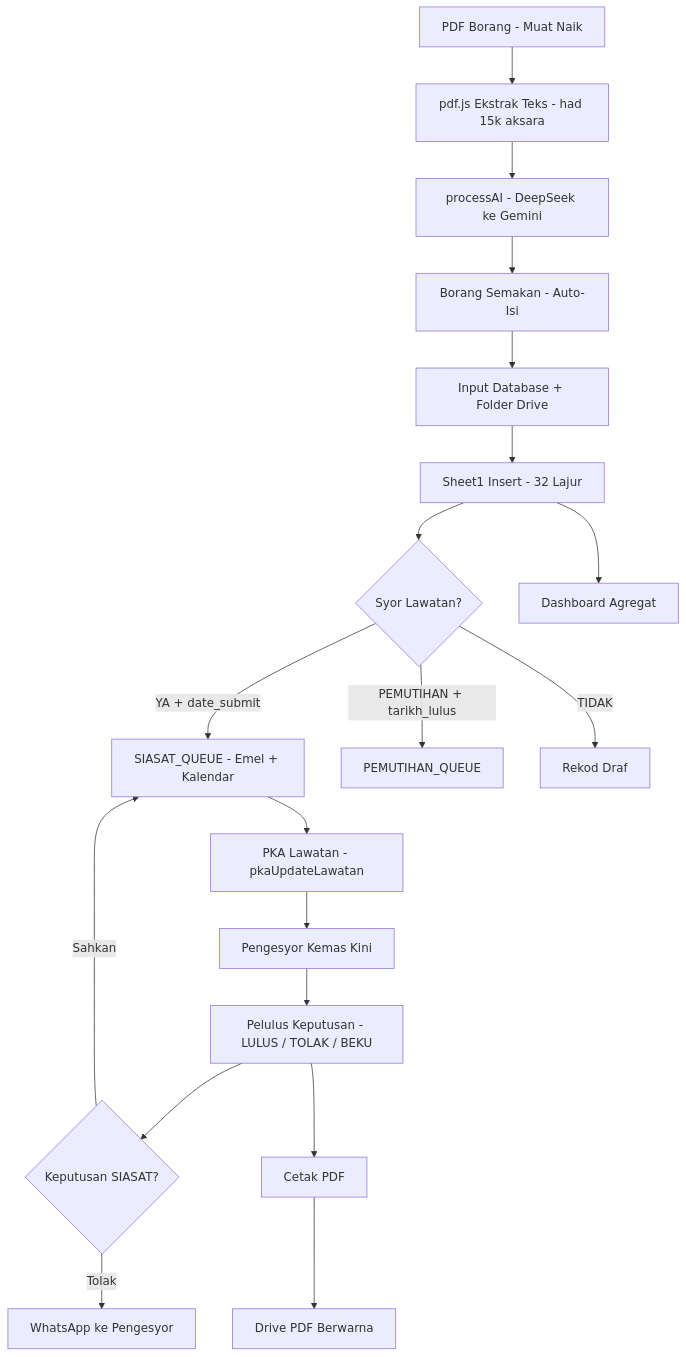
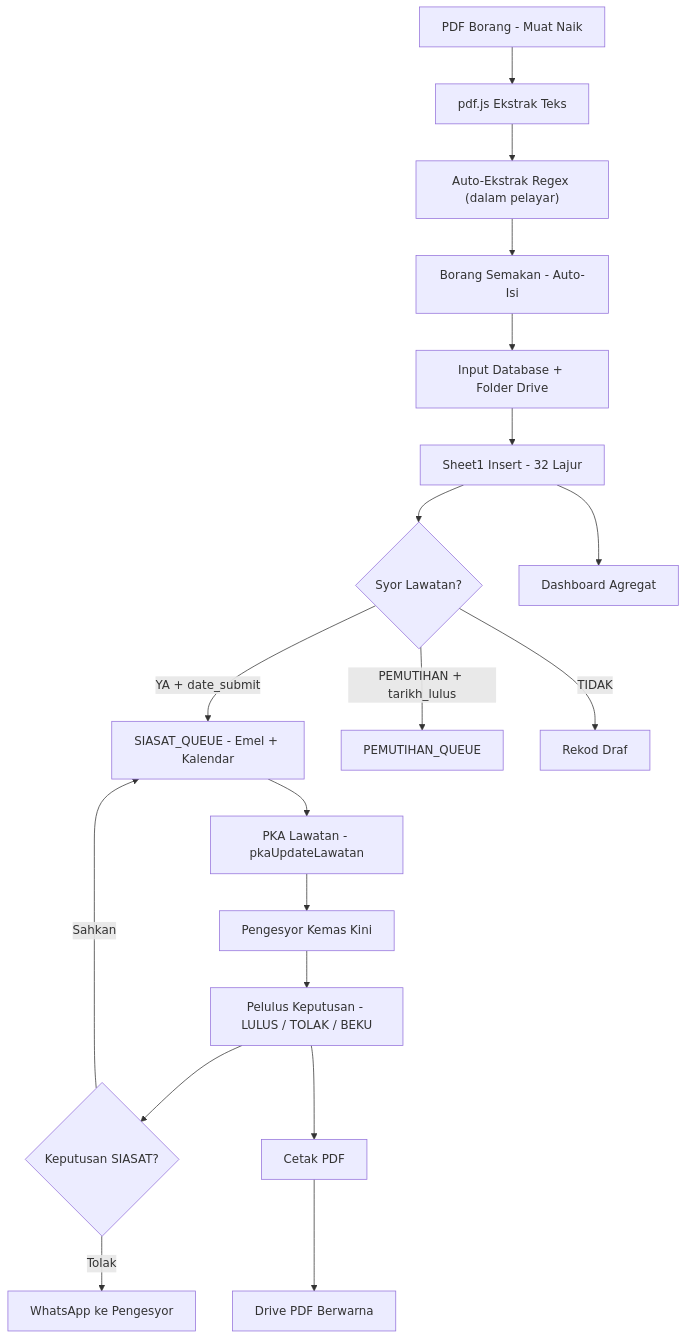
The second of 3 diagrams in structure.md (SPTB-PKK-HQ/Integrated-System-V1), drawn with Mermaid before and after one commit. The commit also changed other lines of this file and 4 other files, not shown here.

````diff
--- a/structure.md
+++ b/structure.md
@@ -204,21 +204,21 @@
 ```mermaid
 flowchart TD
-    A["PDF Borang - Muat Naik"] --> B["pdf.js Ekstrak Teks - had 15k aksara"]
-    B --> C["processAI - DeepSeek ke Gemini"]
+    A["PDF Borang - Muat Naik"] --> B["pdf.js Ekstrak Teks"]
+    B --> C["Auto-Ekstrak Regex (dalam pelayar)"]
     C --> D["Borang Semakan - Auto-Isi"]
     D --> E["Input Database + Folder Drive"]
     E --> F["Sheet1 Insert - 32 Lajur"]
     F --> G{"Syor Lawatan?"}
     G -->|"YA + date_submit"| H["SIASAT_QUEUE - Emel + Kalendar"]
     G -->|"PEMUTIHAN + tarikh_lulus"| I["PEMUTIHAN_QUEUE"]
     G -->|"TIDAK"| J["Rekod Draf"]
     H --> K["PKA Lawatan - pkaUpdateLawatan"]
     K --> L["Pengesyor Kemas Kini"]
     L --> M["Pelulus Keputusan - LULUS / TOLAK / BEKU"]
     M --> N{"Keputusan SIASAT?"}
     N -->|"Sahkan"| H
     N -->|"Tolak"| O["WhatsApp ke Pengesyor"]
     M --> P["Cetak PDF"]
     P --> Q["Drive PDF Berwarna"]
     F --> R["Dashboard Agregat"]
 ```
````
